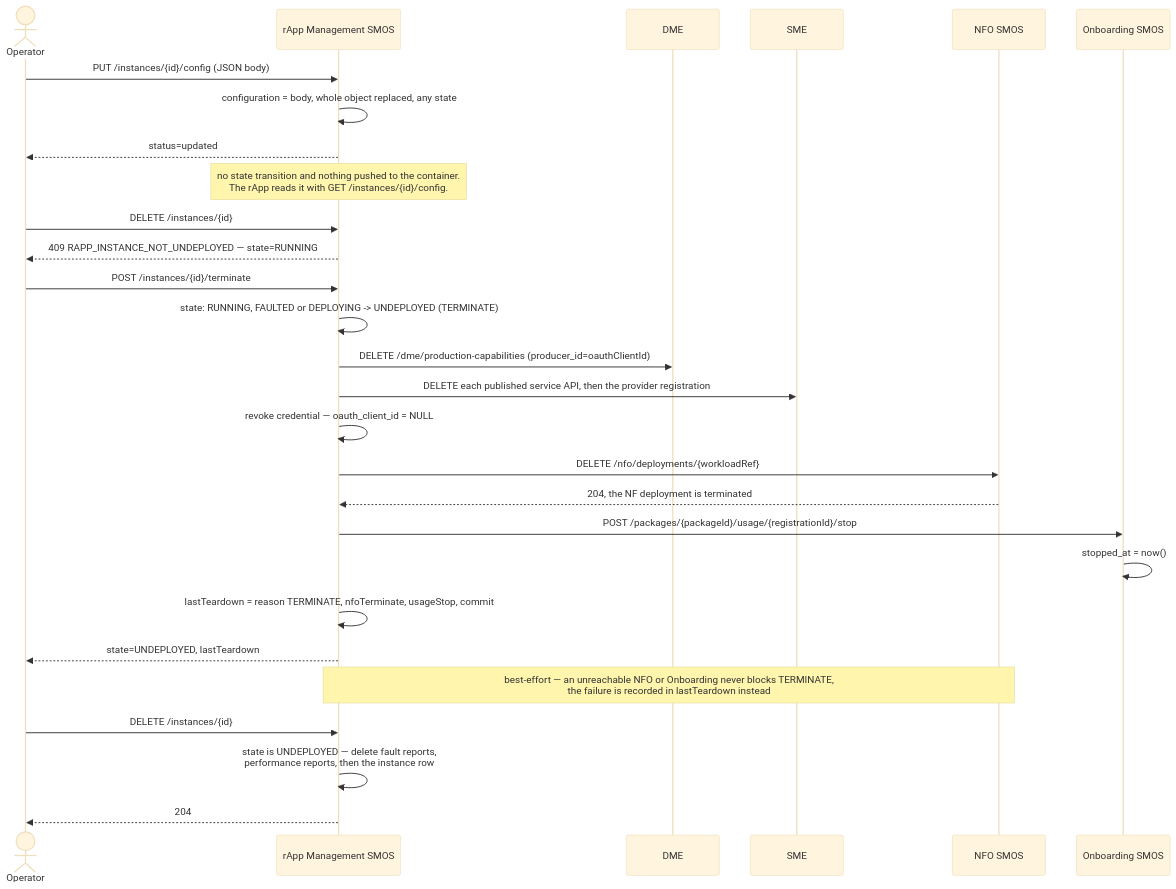
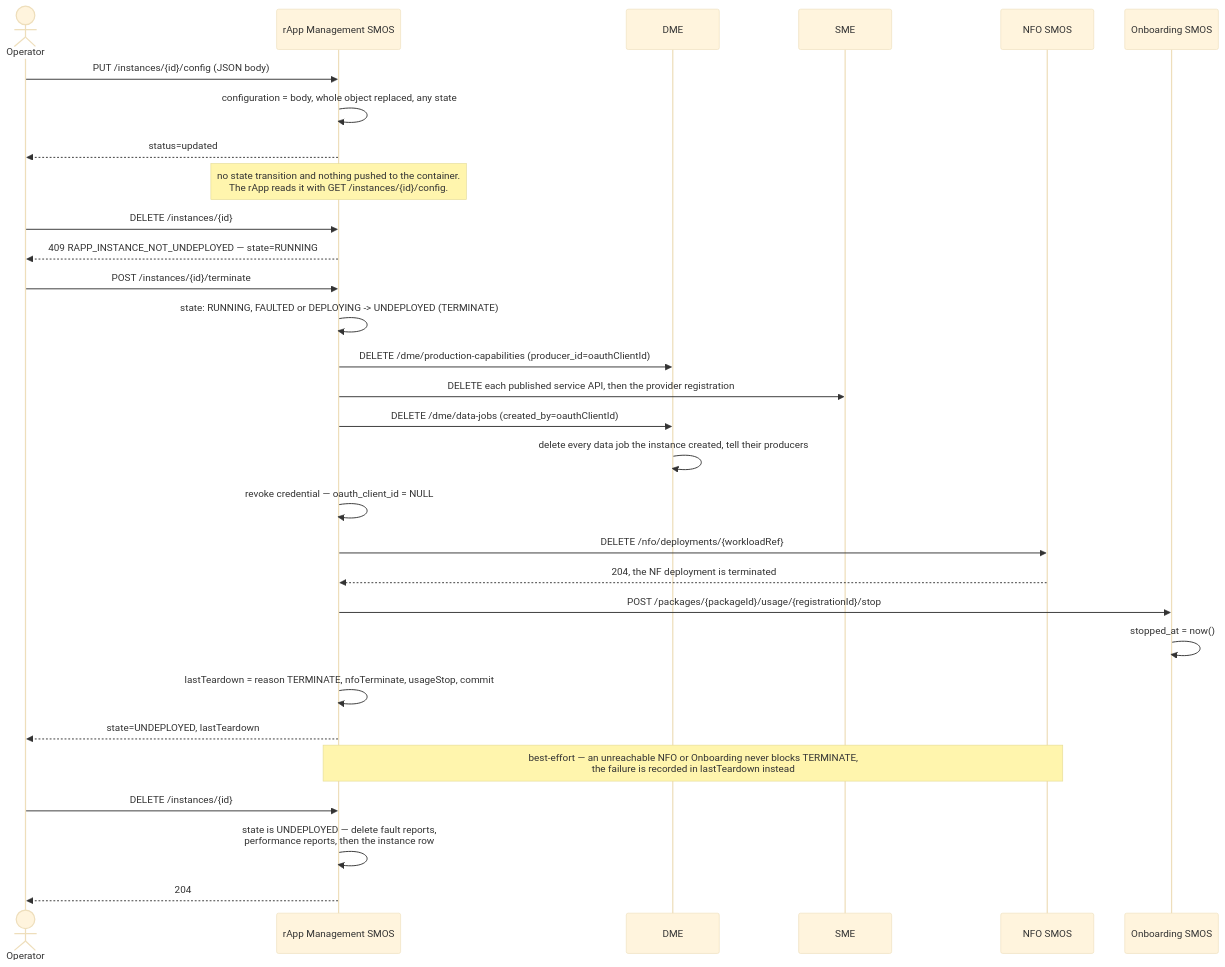
Before and after one commit to rsys-bshankar/ai-ran-smo: the fourth of 4 diagrams in smo/docs/call-flows/07-rapp-instance-lifecycle.md, drawn with Mermaid (base theme). The commit also changed other lines of this file and 14 other files, not shown here.

````diff
--- a/smo/docs/call-flows/07-rapp-instance-lifecycle.md
+++ b/smo/docs/call-flows/07-rapp-instance-lifecycle.md
@@ -184,34 +184,36 @@
 ```mermaid
 sequenceDiagram
     actor Operator
     participant Rapp as rApp Management SMOS
     participant DME as DME
     participant SME as SME
     participant NFO as NFO SMOS
     participant Onb as Onboarding SMOS
 
     Operator->>Rapp: PUT /instances/{id}/config (JSON body)
     Rapp->>Rapp: configuration = body, whole object replaced, any state
     Rapp-->>Operator: status=updated
     Note over Rapp: no state transition and nothing pushed to the container.<br/>The rApp reads it with GET /instances/{id}/config.
 
     Operator->>Rapp: DELETE /instances/{id}
     Rapp-->>Operator: 409 RAPP_INSTANCE_NOT_UNDEPLOYED — state=RUNNING
 
     Operator->>Rapp: POST /instances/{id}/terminate
     Rapp->>Rapp: state: RUNNING, FAULTED or DEPLOYING -> UNDEPLOYED (TERMINATE)
     Rapp->>DME: DELETE /dme/production-capabilities (producer_id=oauthClientId)
     Rapp->>SME: DELETE each published service API, then the provider registration
+    Rapp->>DME: DELETE /dme/data-jobs (created_by=oauthClientId)
+    DME->>DME: delete every data job the instance created, tell their producers
     Rapp->>Rapp: revoke credential — oauth_client_id = NULL
     Rapp->>NFO: DELETE /nfo/deployments/{workloadRef}
     NFO-->>Rapp: 204, the NF deployment is terminated
     Rapp->>Onb: POST /packages/{packageId}/usage/{registrationId}/stop
     Onb->>Onb: stopped_at = now()
     Rapp->>Rapp: lastTeardown = reason TERMINATE, nfoTerminate, usageStop, commit
     Rapp-->>Operator: state=UNDEPLOYED, lastTeardown
     Note over Rapp,NFO: best-effort — an unreachable NFO or Onboarding never blocks TERMINATE,<br/>the failure is recorded in lastTeardown instead
 
     Operator->>Rapp: DELETE /instances/{id}
     Rapp->>Rapp: state is UNDEPLOYED — delete fault reports,<br/>performance reports, then the instance row
     Rapp-->>Operator: 204
 ```
````
